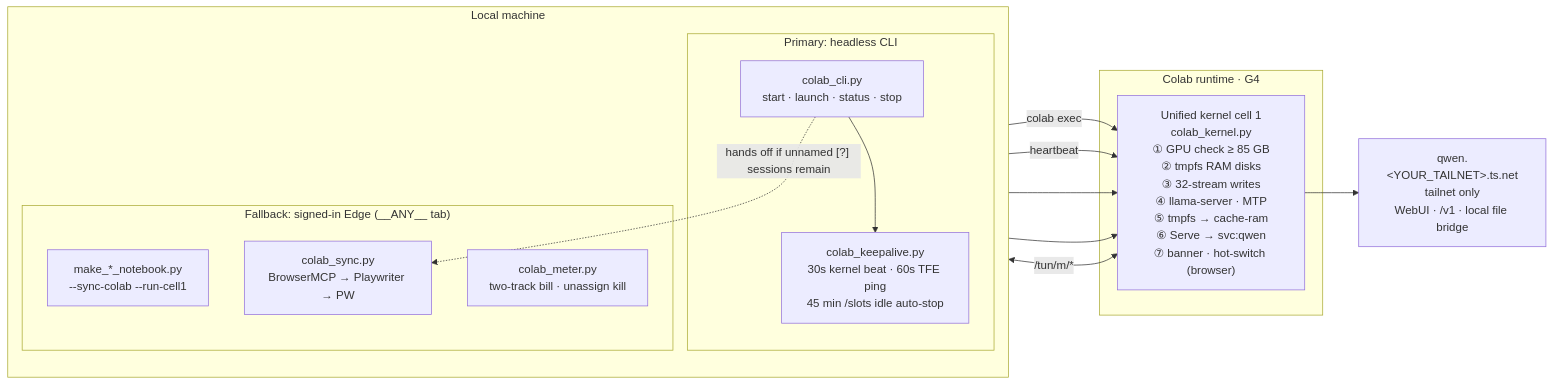
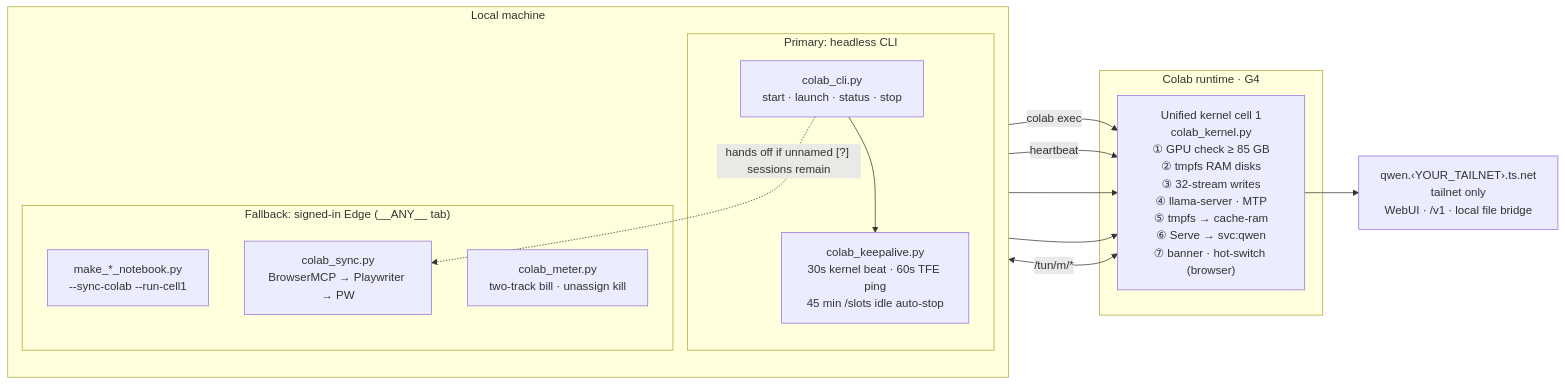
Before and after one commit to incredible404-rgb/colab-gpu-llm-service: the diagram in README.en.md, drawn with Mermaid. The commit also changed 1 other file, not shown here.

Commit message:
docs: Mermaid 图里的 Tailnet 占位符改用不会被 GitHub 过滤的写法

````diff
--- a/README.en.md
+++ b/README.en.md
@@ -29,28 +29,28 @@
 ```mermaid
 flowchart LR
     subgraph LOCAL["Local machine"]
         direction TB
         subgraph PRI["Primary: headless CLI"]
             CLI["colab_cli.py<br/>start · launch · status · stop"]
             KA["colab_keepalive.py<br/>30s kernel beat · 60s TFE ping<br/>45 min /slots idle auto-stop"]
             CLI --> KA
         end
         subgraph FB["Fallback: signed-in Edge (__ANY__ tab)"]
             NB["make_*_notebook.py<br/>--sync-colab --run-cell1"]
             SY["colab_sync.py<br/>BrowserMCP → Playwriter → PW"]
             ME["colab_meter.py<br/>two-track bill · unassign kill"]
         end
         CLI -. "hands off if unnamed [?] sessions remain" .-> SY
     end
 
     subgraph VM["Colab runtime · G4"]
         K["Unified kernel cell 1<br/>colab_kernel.py<br/>① GPU check ≥ 85 GB<br/>② tmpfs RAM disks<br/>③ 32-stream writes<br/>④ llama-server · MTP<br/>⑤ tmpfs → cache-ram<br/>⑥ Serve → svc:qwen<br/>⑦ banner · hot-switch (browser)"]
     end
 
     CLI -- "colab exec" --> K
     KA -- "heartbeat" --> K
     NB --> K
     SY --> K
     ME <-- "/tun/m/*" --> K
-    K --> TS["qwen.&lt;YOUR_TAILNET&gt;.ts.net<br/>tailnet only<br/>WebUI · /v1 · local file bridge"]
+    K --> TS["qwen.‹YOUR_TAILNET›.ts.net<br/>tailnet only<br/>WebUI · /v1 · local file bridge"]
 ```
````
